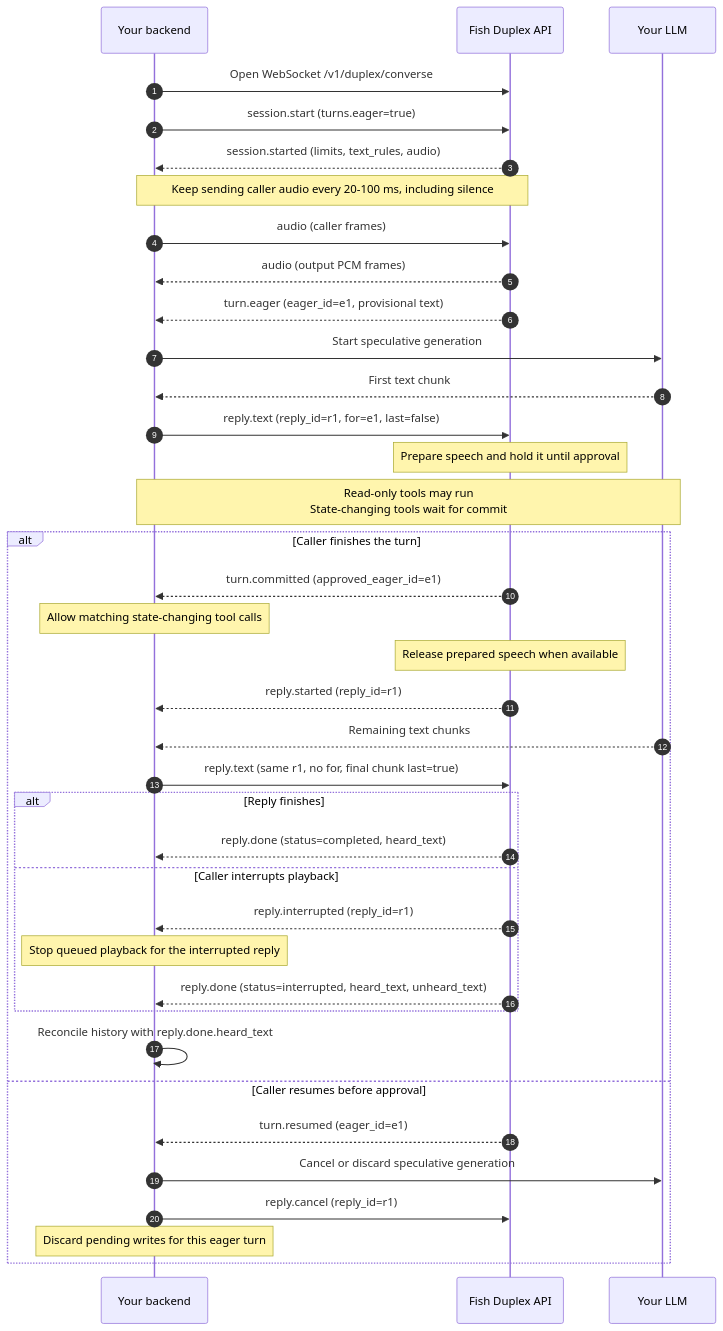
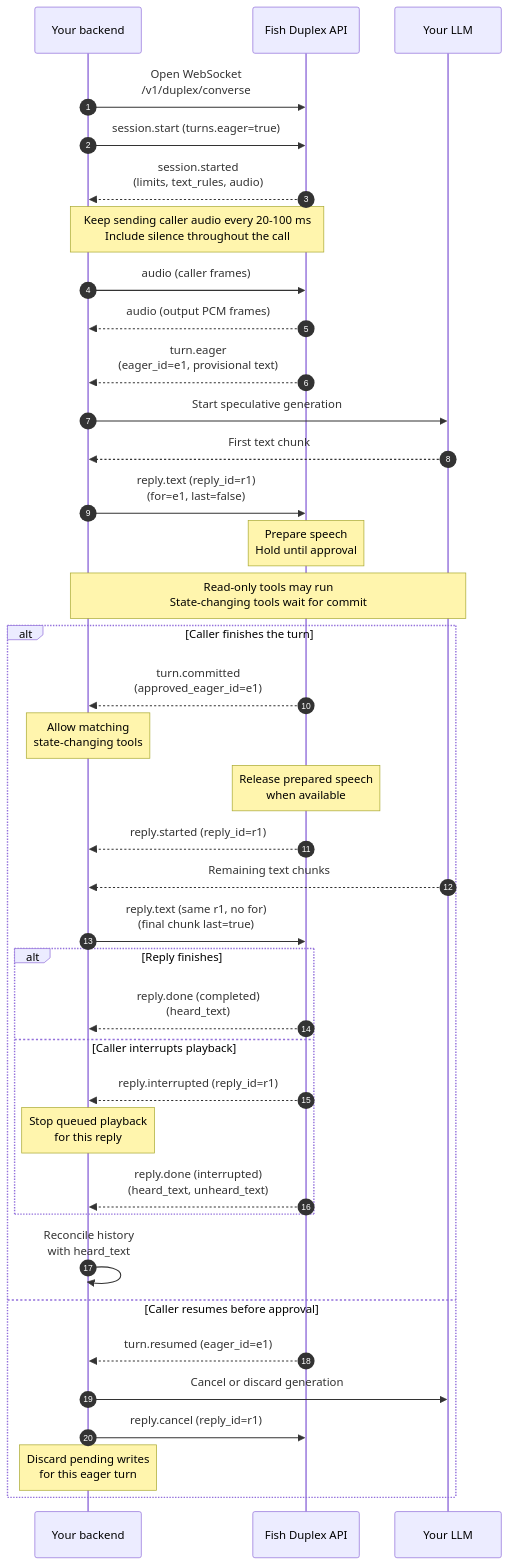
One commit to fishaudio/docs changed the second of 2 diagrams in features/duplex-api.mdx. Above: the diagram before and after it, drawn with Mermaid.

Commit message:
Keep sequence labels readable in the docs column

````diff
--- a/features/duplex-api.mdx
+++ b/features/duplex-api.mdx
@@ -70,43 +70,43 @@
 ```mermaid
 sequenceDiagram
     autonumber
     participant B as Your backend
     participant F as Fish Duplex API
     participant L as Your LLM
 
-    B->>F: Open WebSocket /v1/duplex/converse
+    B->>F: Open WebSocket<br/>/v1/duplex/converse
     B->>F: session.start (turns.eager=true)
-    F-->>B: session.started (limits, text_rules, audio)
-    Note over B,F: Keep sending caller audio every 20-100 ms, including silence
+    F-->>B: session.started<br/>(limits, text_rules, audio)
+    Note over B,F: Keep sending caller audio every 20-100 ms<br/>Include silence throughout the call
     B->>F: audio (caller frames)
     F-->>B: audio (output PCM frames)
 
-    F-->>B: turn.eager (eager_id=e1, provisional text)
+    F-->>B: turn.eager<br/>(eager_id=e1, provisional text)
     B->>L: Start speculative generation
     L-->>B: First text chunk
-    B->>F: reply.text (reply_id=r1, for=e1, last=false)
-    Note over F: Prepare speech and hold it until approval
+    B->>F: reply.text (reply_id=r1)<br/>(for=e1, last=false)
+    Note over F: Prepare speech<br/>Hold until approval
     Note over B,L: Read-only tools may run<br/>State-changing tools wait for commit
 
     alt Caller finishes the turn
-        F-->>B: turn.committed (approved_eager_id=e1)
-        Note over B: Allow matching state-changing tool calls
-        Note over F: Release prepared speech when available
+        F-->>B: turn.committed<br/>(approved_eager_id=e1)
+        Note over B: Allow matching<br/>state-changing tools
+        Note over F: Release prepared speech<br/>when available
         F-->>B: reply.started (reply_id=r1)
         L-->>B: Remaining text chunks
-        B->>F: reply.text (same r1, no for, final chunk last=true)
+        B->>F: reply.text (same r1, no for)<br/>(final chunk last=true)
         alt Reply finishes
-            F-->>B: reply.done (status=completed, heard_text)
+            F-->>B: reply.done (completed)<br/>(heard_text)
         else Caller interrupts playback
             F-->>B: reply.interrupted (reply_id=r1)
-            Note over B: Stop queued playback for the interrupted reply
-            F-->>B: reply.done (status=interrupted, heard_text, unheard_text)
+            Note over B: Stop queued playback<br/>for this reply
+            F-->>B: reply.done (interrupted)<br/>(heard_text, unheard_text)
         end
-        B->>B: Reconcile history with reply.done.heard_text
+        B->>B: Reconcile history<br/>with heard_text
     else Caller resumes before approval
         F-->>B: turn.resumed (eager_id=e1)
-        B->>L: Cancel or discard speculative generation
+        B->>L: Cancel or discard generation
         B->>F: reply.cancel (reply_id=r1)
-        Note over B: Discard pending writes for this eager turn
+        Note over B: Discard pending writes<br/>for this eager turn
     end
 ```
````
